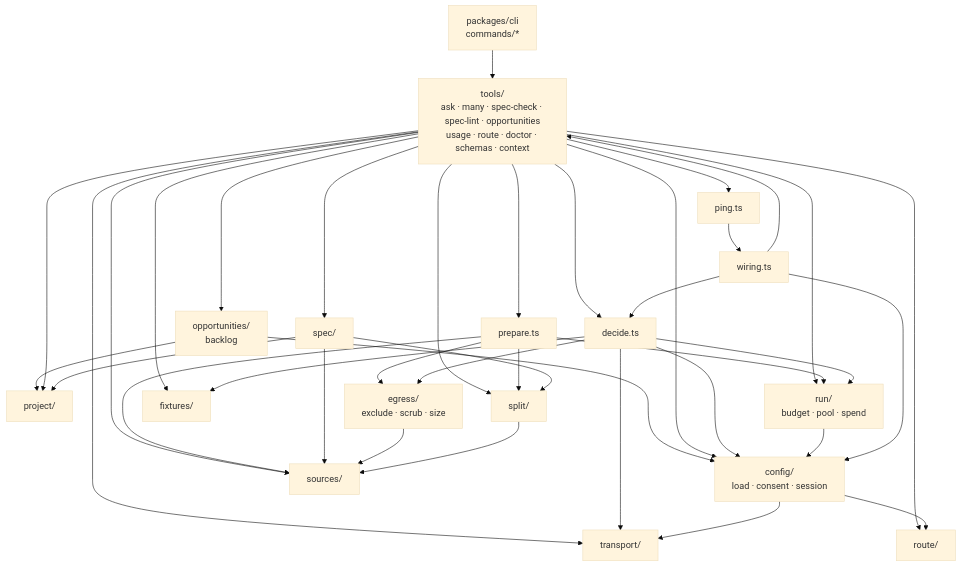
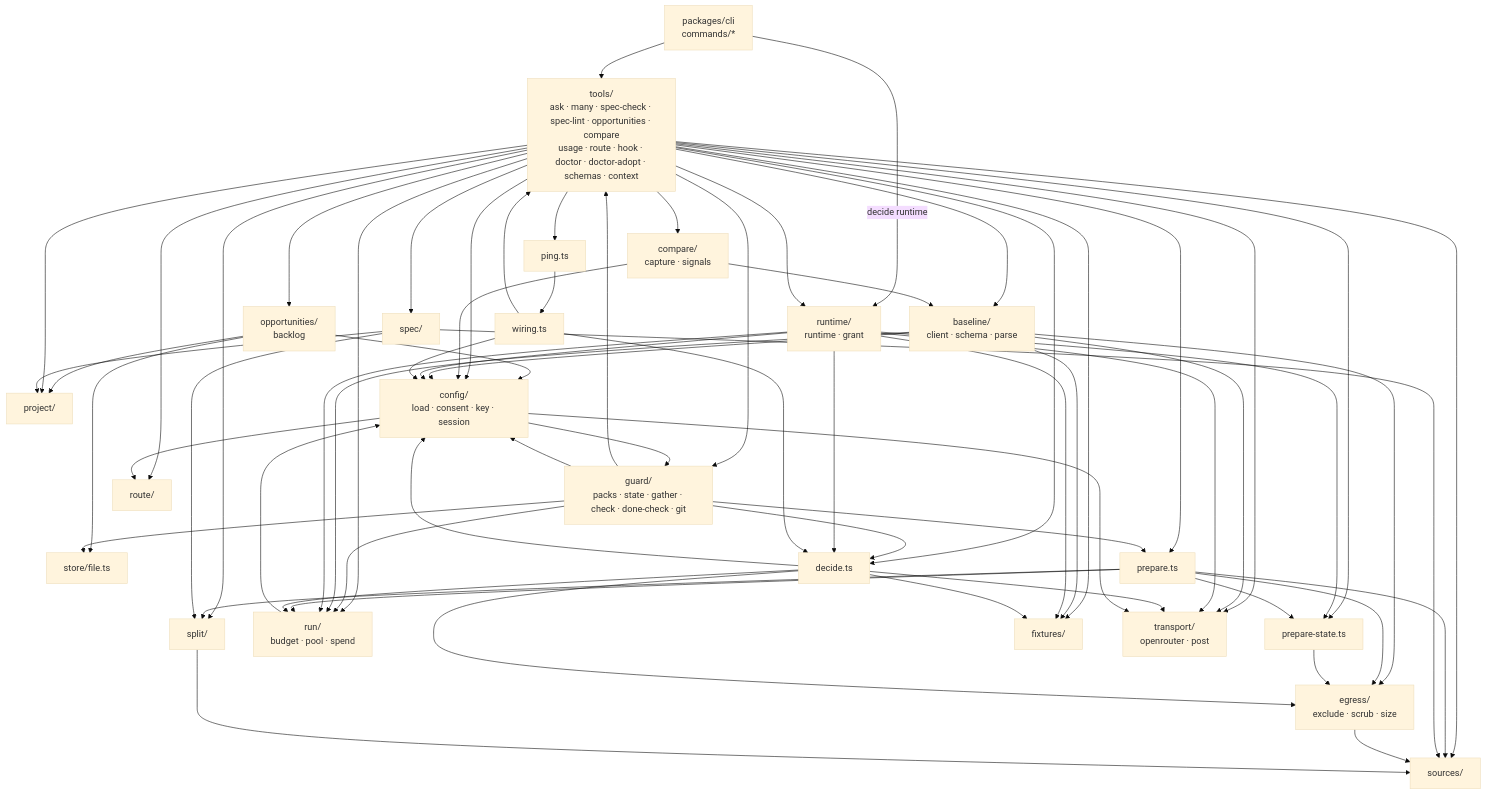
The diagram in docs/architecture/building-blocks.md (garygentry/system1), drawn with Mermaid (base theme) before and after one commit. The commit also changed other lines of this file and 19 other files, not shown here.

First line of the commit message:
M11 PR 11: docs for adopt → capture → compare; architecture at 0.6.0 (#55)

````diff
--- a/docs/architecture/building-blocks.md
+++ b/docs/architecture/building-blocks.md
@@ -12,28 +12,41 @@
 ```mermaid
 flowchart TB
     cli["packages/cli<br/>commands/*"]
-    tools["tools/<br/>ask · many · spec-check · spec-lint · opportunities<br/>usage · route · doctor · schemas · context"]
+    tools["tools/<br/>ask · many · spec-check · spec-lint · opportunities · compare<br/>usage · route · hook · doctor · doctor-adopt · schemas · context"]
+    runtime["runtime/<br/>runtime · grant"]
+    guard["guard/<br/>packs · state · gather · check · done-check · git"]
+    comparemod["compare/<br/>capture · signals"]
+    baseline["baseline/<br/>client · schema · parse"]
     opps["opportunities/<br/>backlog"]
+    store["store/file.ts"]
     prepare["prepare.ts"]
+    pstate["prepare-state.ts"]
     decide["decide.ts"]
     spec["spec/"]
     project["project/"]
-    config["config/<br/>load · consent · session"]
+    config["config/<br/>load · consent · key · session"]
     route["route/"]
     run["run/<br/>budget · pool · spend"]
     egress["egress/<br/>exclude · scrub · size"]
     sources["sources/"]
     split["split/"]
     fixtures["fixtures/"]
-    transport["transport/"]
+    transport["transport/<br/>openrouter · post"]
     ping["ping.ts"]
     wiring["wiring.ts"]
 
     cli --> tools
+    cli -- "decide runtime" --> runtime
     tools --> opps
+    tools --> comparemod
+    tools --> baseline
+    tools --> guard
+    tools --> runtime
     opps --> project
     opps --> config
+    opps --> store
     tools --> prepare
+    tools --> pstate
     tools --> decide
     tools --> spec
     tools --> project
@@ -45,10 +58,31 @@
     tools --> transport
     tools --> route
     tools --> ping
+    guard --> tools
+    guard --> prepare
+    guard --> decide
+    guard --> run
+    guard --> store
+    guard --> config
+    comparemod --> baseline
+    comparemod --> config
+    baseline --> config
+    baseline --> egress
+    baseline --> fixtures
+    baseline --> transport
+    baseline --> run
+    runtime --> decide
+    runtime --> pstate
+    runtime --> fixtures
+    runtime --> run
+    runtime --> transport
+    runtime --> config
     prepare --> sources
     prepare --> split
     prepare --> egress
     prepare --> run
+    prepare --> pstate
+    pstate --> egress
     decide --> config
     decide --> egress
     decide --> fixtures
@@ -59,6 +93,7 @@
     spec --> split
     config --> route
     config --> transport
+    config --> guard
     run --> config
     egress --> sources
     split --> sources
````
